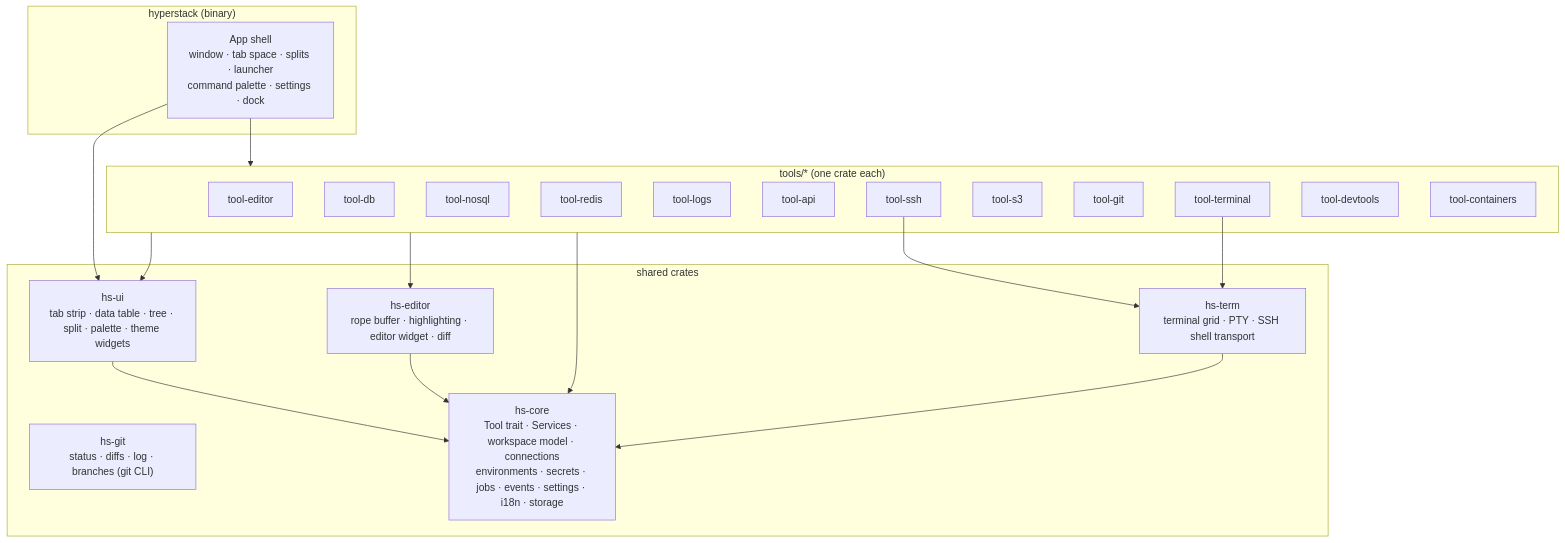
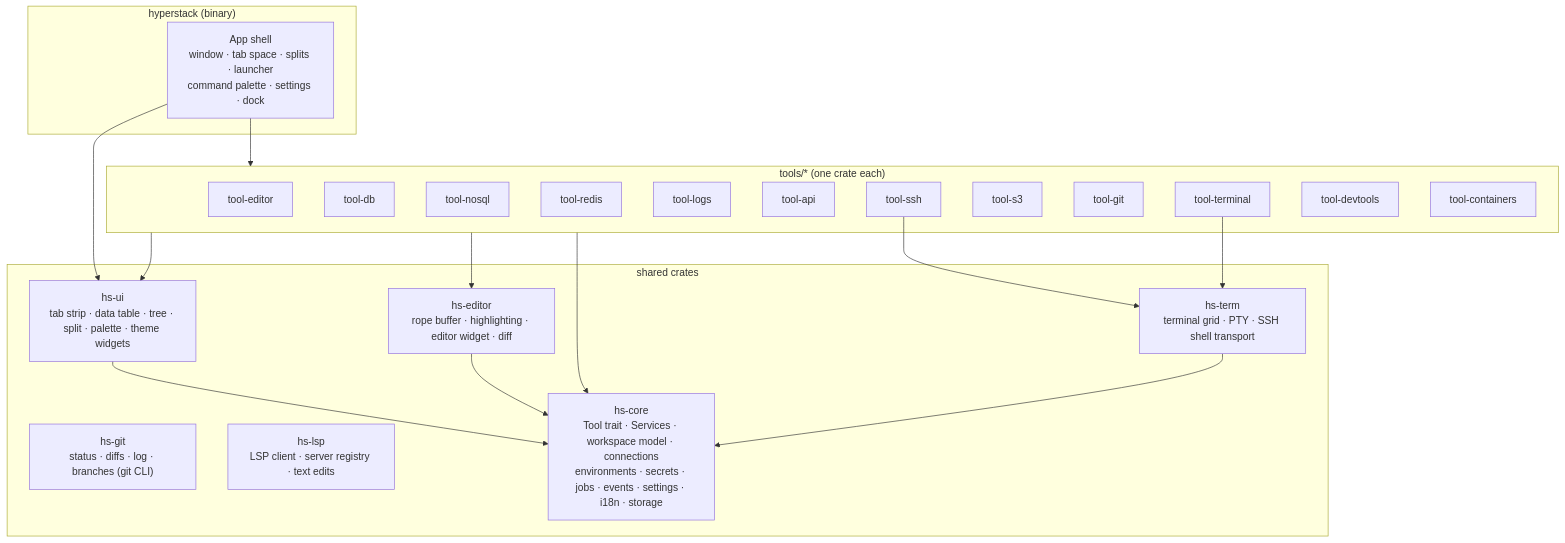
One commit to mzaki-raup/hyper-stack changed the first of 2 diagrams in docs/03-architecture.md. Above: the diagram before and after it, drawn with Mermaid. The commit also changed other lines of this file and 28 other files, not shown here.

````diff
--- a/docs/03-architecture.md
+++ b/docs/03-architecture.md
@@ -15,27 +15,28 @@
 ```mermaid
 flowchart TB
     subgraph bin["hyperstack (binary)"]
         Shell["App shell<br/>window · tab space · splits · launcher<br/>command palette · settings · dock"]
     end
     subgraph tools["tools/* (one crate each)"]
         Ed[tool-editor] ; Db[tool-db] ; Nq[tool-nosql] ; Rd[tool-redis] ; Lg[tool-logs] ; Api[tool-api] ; Ssh[tool-ssh]
         S3[tool-s3] ; Git[tool-git] ; Term[tool-terminal] ; Dev[tool-devtools] ; Ctr[tool-containers]
     end
     subgraph shared["shared crates"]
         UI["hs-ui<br/>tab strip · data table · tree · split · palette · theme widgets"]
         Editor["hs-editor<br/>rope buffer · highlighting · editor widget · diff"]
         GitCore["hs-git<br/>status · diffs · log · branches (git CLI)"]
+        Lsp["hs-lsp<br/>LSP client · server registry · text edits"]
         TermCore["hs-term<br/>terminal grid · PTY · SSH shell transport"]
         Core["hs-core<br/>Tool trait · Services · workspace model · connections<br/>environments · secrets · jobs · events · settings · i18n · storage"]
     end
     Shell --> tools
     Shell --> UI
     tools --> UI
     tools --> Editor
     Ssh --> TermCore
     Term --> TermCore
     tools --> Core
     UI --> Core
     Editor --> Core
     TermCore --> Core
 ```
````
